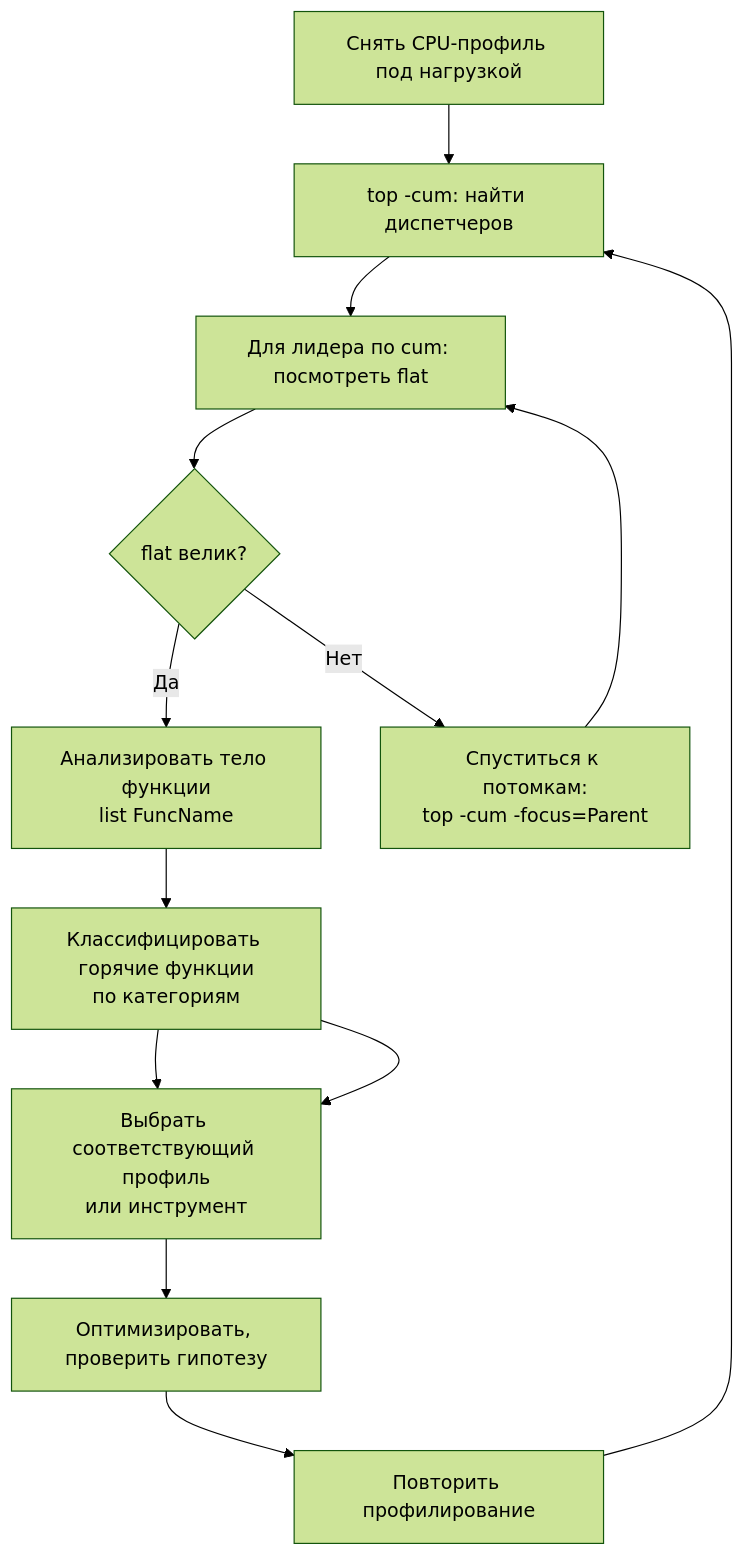
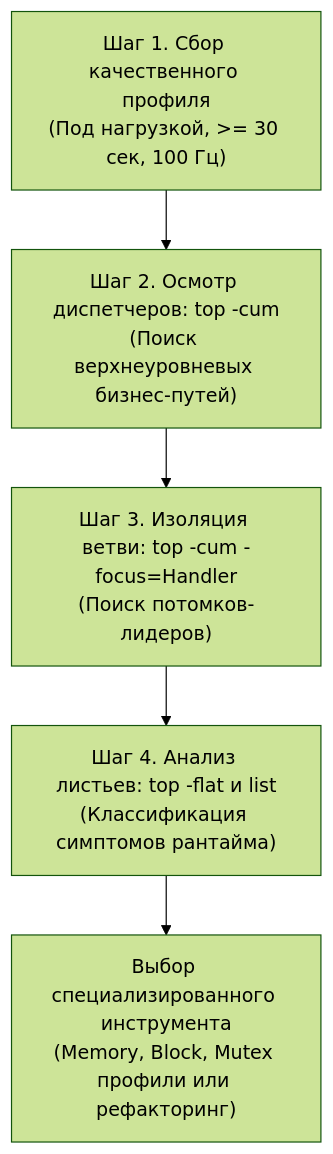
The first of 3 diagrams in sources/16. Профилирование, отладка и производительность/03. CPU profiling/4. Top functions анализ.md (UnrealTemplier/go-textbook), drawn with Mermaid (forest theme) before and after one commit. The commit also changed other lines of this file, not shown here.

Commit message:
feat(module-16): editorial rewrite of lecture 4 (Top functions анализ) in Subsection 03 in Kernighan style

````diff
--- a/sources/16. Профилирование, отладка и производительность/03. CPU profiling/4. Top functions анализ.md
+++ b/sources/16. Профилирование, отладка и производительность/03. CPU profiling/4. Top functions анализ.md
@@ -175,15 +64,7 @@
 ```mermaid
 flowchart TD
-    A["Снять CPU-профиль под нагрузкой"] --> B["top -cum: найти диспетчеров"]
-    B --> C["Для лидера по cum: посмотреть flat"]
-    C --> D{"flat велик?"}
-    D -- "Да" --> E["Анализировать тело функции<br>list FuncName"]
-    D -- "Нет" --> F["Спуститься к потомкам:<br>top -cum -focus=Parent"]
-    F --> C
-    E --> G["Классифицировать горячие функции<br>по категориям"]
-    G --> H["Выбрать соответствующий профиль<br>или инструмент"]
-    H --> I["Оптимизировать, проверить гипотезу"]
-    I --> J["Повторить профилирование"]
-    J --> B
-    G --> H
+    Step1["Шаг 1. Сбор качественного профиля<br>(Под нагрузкой, >= 30 сек, 100 Гц)"] --> Step2["Шаг 2. Осмотр диспетчеров: top -cum<br>(Поиск верхнеуровневых бизнес-путей)"]
+    Step2 --> Step3["Шаг 3. Изоляция ветви: top -cum -focus=Handler<br>(Поиск потомков-лидеров)"]
+    Step3 --> Step4["Шаг 4. Анализ листьев: top -flat и list<br>(Классификация симптомов рантайма)"]
+    Step4 --> Action["Выбор специализированного инструмента<br>(Memory, Block, Mutex профили или рефакторинг)"]
 ```
````
